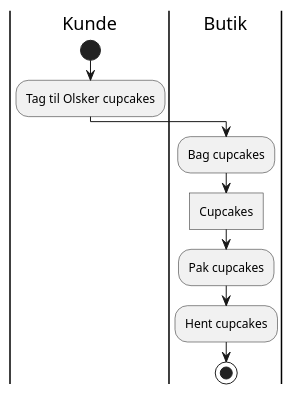
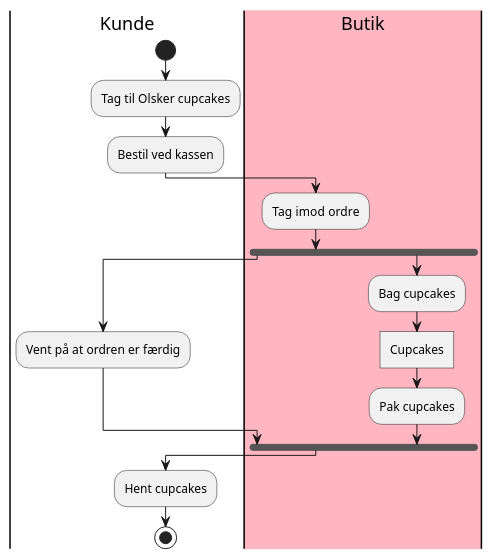
The diagram in src/main/java/app/plantuml/aktivitetsdiagramAS-IS.puml (RyanZachariasen/CupcakeBRO), drawn with PlantUML before and after one commit.

Commit message:
updating as-is activity diagram

```diff
--- a/src/main/java/app/plantuml/aktivitetsdiagramAS-IS.puml
+++ b/src/main/java/app/plantuml/aktivitetsdiagramAS-IS.puml
@@ -1,20 +1,30 @@
 @startuml
 'https://plantuml.com/activity-diagram-beta
 
 |Kunde|
 start
 |Kunde|
 :Tag til Olsker cupcakes;
 
+:Bestil ved kassen;
 
+|#lightpink|Butik|
+:Tag imod ordre;
+
+fork
+|Kunde|
+:Vent på at ordren er færdig;
+fork again
 |Butik|
 :Bag cupcakes;
 :Cupcakes]
 :Pak cupcakes;
+end fork
+|Kunde|
 :Hent cupcakes;
 
 
 stop
 
 
 @enduml
```
